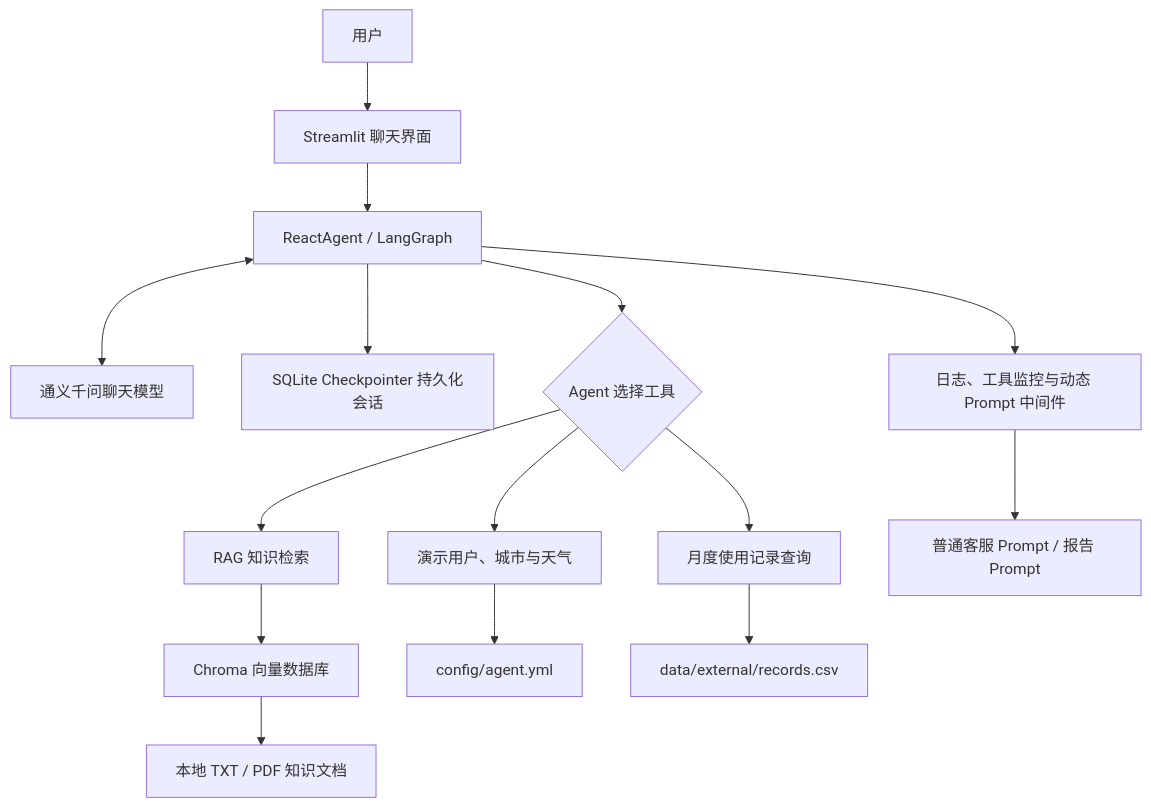
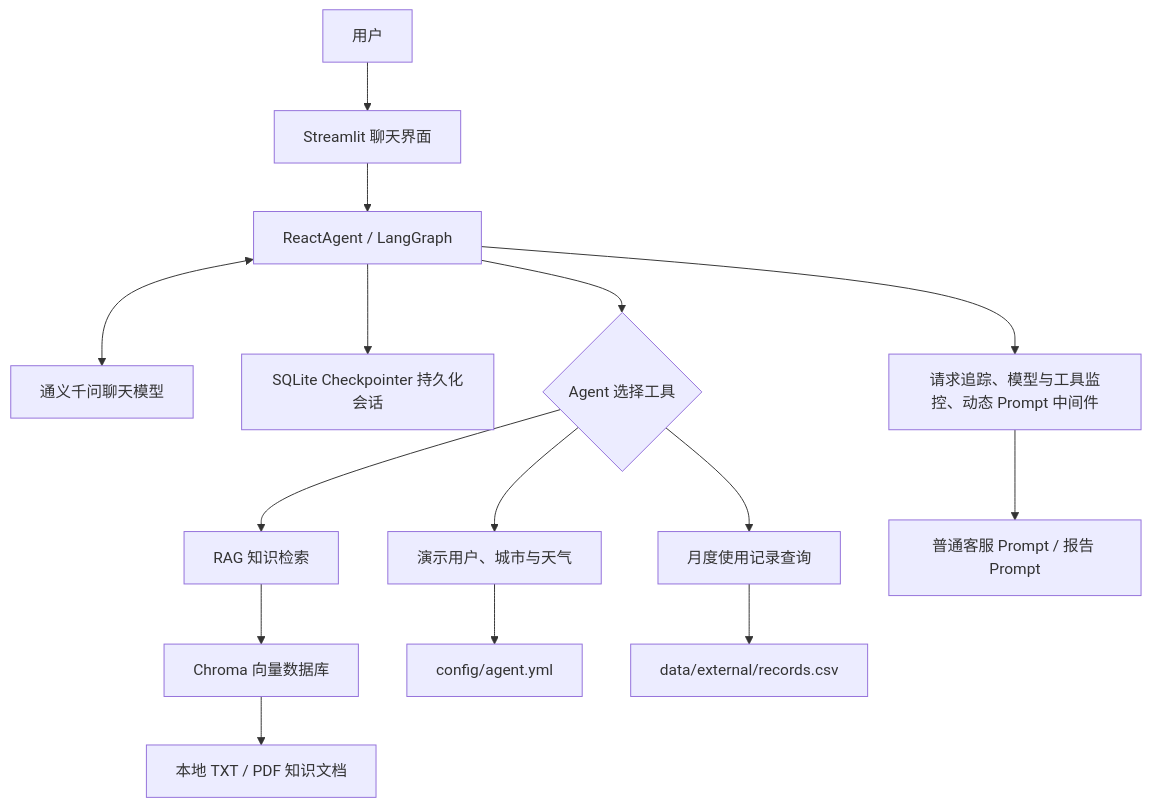
One commit to Wan1ngLunar/smart-cleaning-agent-rag changed the diagram in README.md. Above: the diagram before and after it, drawn with Mermaid. The commit also changed other lines of this file and 8 other files, not shown here.

````diff
--- a/README.md
+++ b/README.md
@@ -37,21 +39,21 @@
 ```mermaid
 flowchart TD
     U["用户"] --> UI["Streamlit 聊天界面"]
     UI --> A["ReactAgent / LangGraph"]
     A <--> M["通义千问聊天模型"]
     A --> C["SQLite Checkpointer 持久化会话"]
-    A --> MW["日志、工具监控与动态 Prompt 中间件"]
+    A --> MW["请求追踪、模型与工具监控、动态 Prompt 中间件"]
     A --> T{"Agent 选择工具"}
 
     T --> R["RAG 知识检索"]
     R --> V["Chroma 向量数据库"]
     V --> K["本地 TXT / PDF 知识文档"]
 
     T --> D["演示用户、城市与天气"]
     D --> Y["config/agent.yml"]
 
     T --> E["月度使用记录查询"]
     E --> CSV["data/external/records.csv"]
 
     MW --> P["普通客服 Prompt / 报告 Prompt"]
 ```
````
